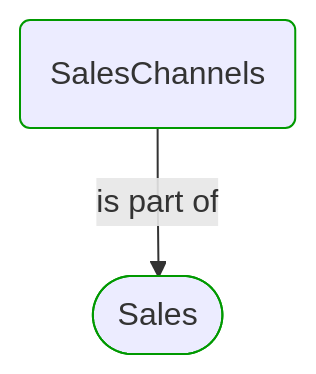
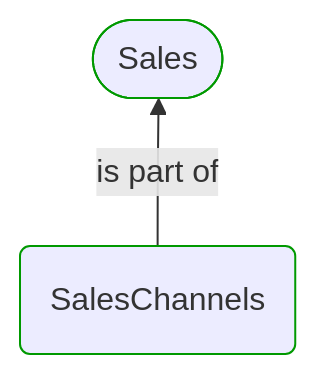
The first of 4 diagrams in Docs/P3/MermaidOutput/Modules/Sales/SalesChannels/SalesChannels.md (itlibrium/DDD-starter-dotnet), drawn with Mermaid before and after one commit. The commit also changed other lines of this file and 174 other files, not shown here.

````diff
--- a/Docs/P3/MermaidOutput/Modules/Sales/SalesChannels/SalesChannels.md
+++ b/Docs/P3/MermaidOutput/Modules/Sales/SalesChannels/SalesChannels.md
@@ -20,11 +20,14 @@
 ```mermaid
   flowchart TB
-    0(SalesChannels)
+    0([Sales])
     class 0 DomainPerspective
-    1([Sales])
+    1(SalesChannels)
     class 1 DomainPerspective
-    0-->|is part of|1
+    0---1
+    1-->|is part of|0
+    1---0
+    linkStyle 0,2 stroke:none
     classDef DomainPerspective stroke:#009900
     classDef TechnologyPerspective stroke:#1F41EB
     classDef PeoplePerspective stroke:#FFF014
 ```
````
